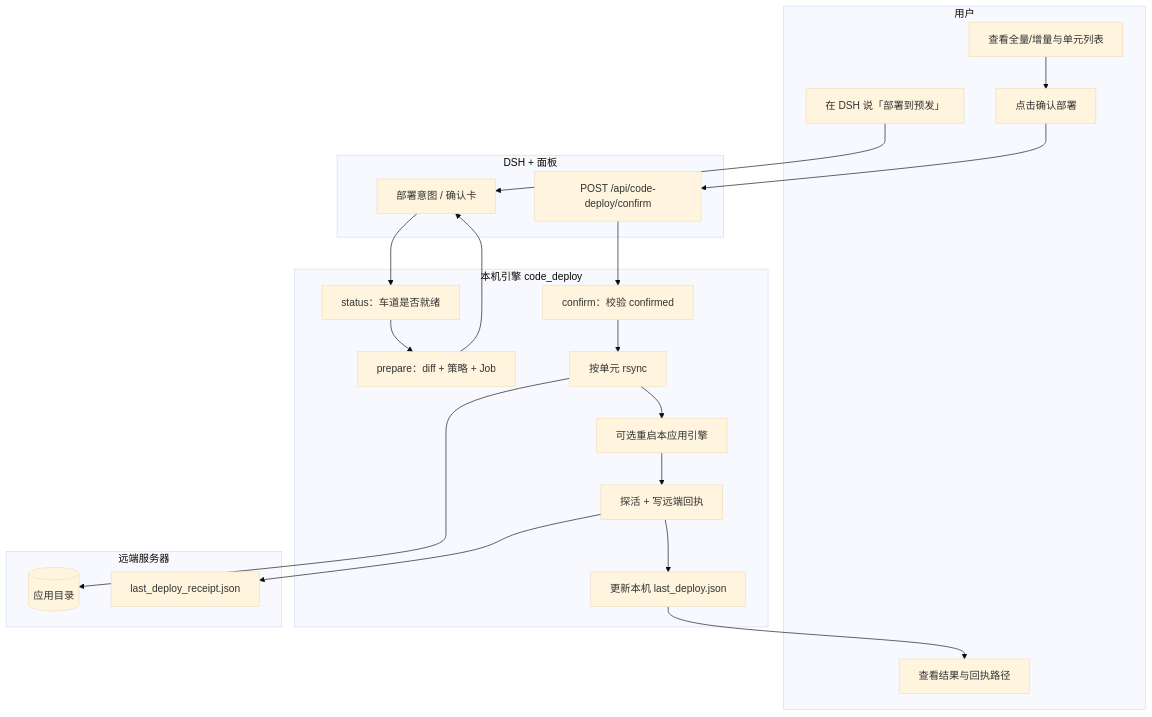
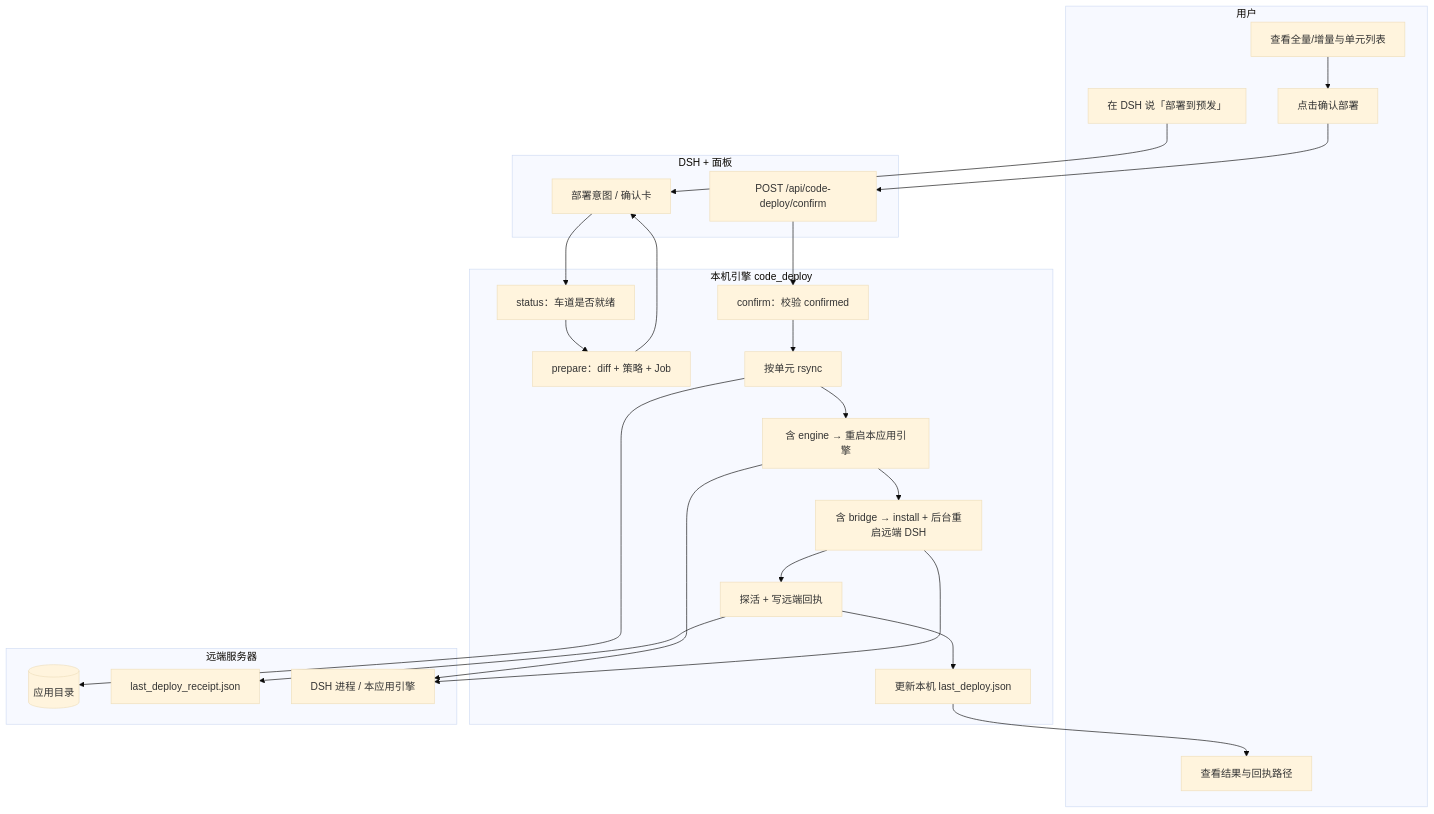
The first of 4 diagrams in docs/功能实现/P1-自动化部署-按单元增量.md (LouisBoBo/pythonProject_dsh_zr_workbuddy), drawn with Mermaid (base theme) before and after one commit. The commit also changed other lines of this file and 6 other files, not shown here.

````diff
--- a/docs/功能实现/P1-自动化部署-按单元增量.md
+++ b/docs/功能实现/P1-自动化部署-按单元增量.md
@@ -161,34 +193,38 @@
 ```mermaid
 flowchart TB
   subgraph User["用户"]
     U1[在 DSH 说「部署到预发」]
     U2[查看全量/增量与单元列表]
     U3[点击确认部署]
     U4[查看结果与回执路径]
   end
 
   subgraph DSH["DSH + 面板"]
     P1[部署意图 / 确认卡]
     P2[POST /api/code-deploy/confirm]
   end
 
   subgraph Engine["本机引擎 code_deploy"]
     E1[status：车道是否就绪]
     E2[prepare：diff + 策略 + Job]
     E3[confirm：校验 confirmed]
     E4[按单元 rsync]
-    E5[可选重启本应用引擎]
+    E5[含 engine → 重启本应用引擎]
+    E5b[含 bridge → install + 后台重启远端 DSH]
     E6[探活 + 写远端回执]
     E7[更新本机 last_deploy.json]
   end
 
   subgraph Remote["远端服务器"]
     R1[(应用目录)]
     R2[last_deploy_receipt.json]
+    R3[DSH 进程 / 本应用引擎]
   end
 
   U1 --> P1 --> E1 --> E2 --> P1
   U2 --> U3 --> P2 --> E3 --> E4 --> R1
-  E4 --> E5 --> E6 --> R2
+  E4 --> E5 --> E5b --> E6 --> R2
+  E5 --> R3
+  E5b --> R3
   E6 --> E7 --> U4
 ```
````
